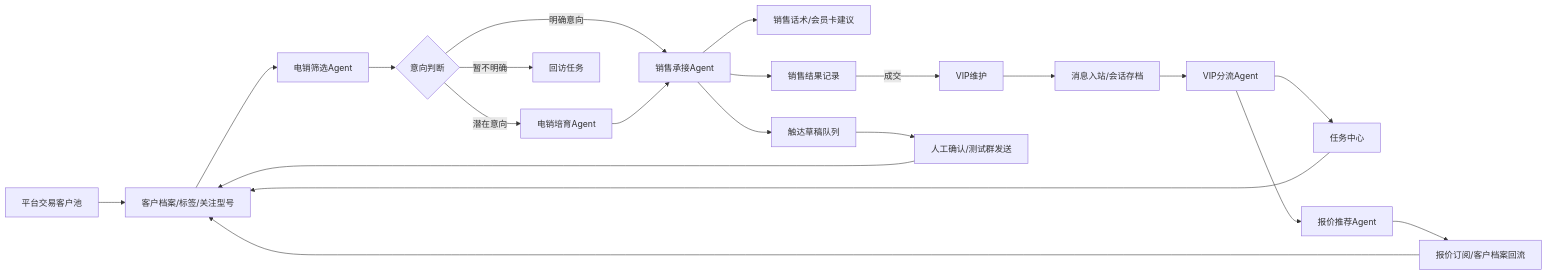
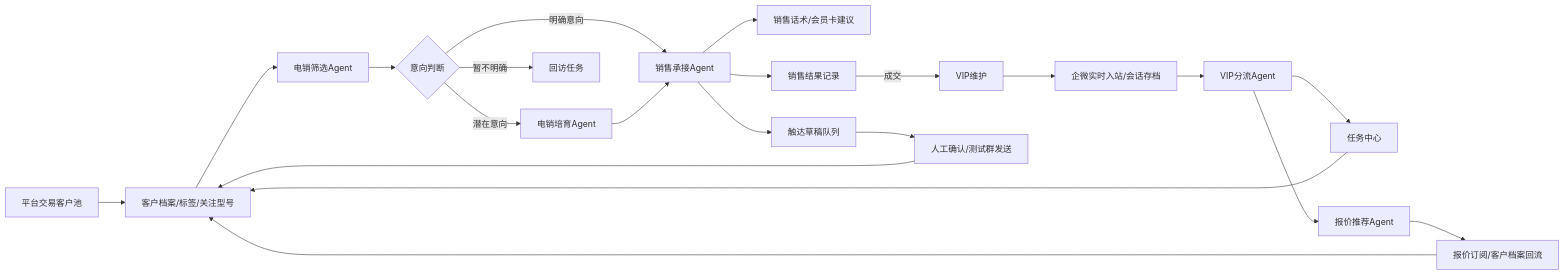
Before and after one commit to JUJUJUN313/customer-ops-agent-console: the first of 2 diagrams in README.md, drawn with Mermaid. The commit also changed other lines of this file and 33 other files, not shown here.

````diff
--- a/README.md
+++ b/README.md
@@ -58,23 +57,23 @@
 ```mermaid
 flowchart LR
   A["平台交易客户池"] --> B["客户档案/标签/关注型号"]
   B --> C["电销筛选Agent"]
   C --> D{"意向判断"}
   D -->|"明确意向"| E["销售承接Agent"]
   D -->|"潜在意向"| F["电销培育Agent"]
   D -->|"暂不明确"| G["回访任务"]
   F --> E
   E --> H["销售话术/会员卡建议"]
   E --> I["触达草稿队列"]
   E --> J["销售结果记录"]
   J -->|"成交"| K["VIP维护"]
-  K --> L["消息入站/会话存档"]
+  K --> L["企微实时入站/会话存档"]
   L --> M["VIP分流Agent"]
   M --> N["任务中心"]
   M --> O["报价推荐Agent"]
   O --> P["报价订阅/客户档案回流"]
   P --> B
   N --> B
   I --> Q["人工确认/测试群发送"]
   Q --> B
 ```
````
